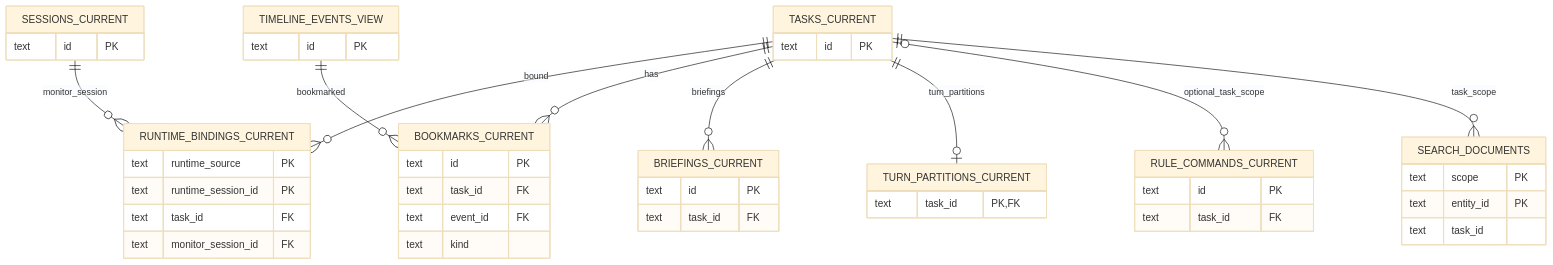
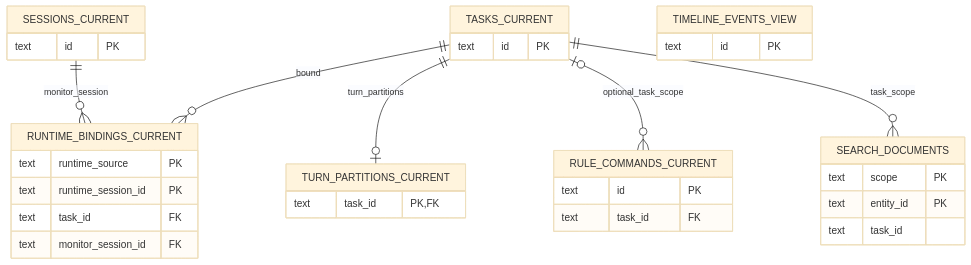
The third of 3 diagrams in docs/guide/sqlite-schema.md (belljun3395/agent-tracer), drawn with Mermaid (base theme) before and after one commit. The commit also changed other lines of this file and 216 other files, not shown here.

````diff
--- a/docs/guide/sqlite-schema.md
+++ b/docs/guide/sqlite-schema.md
@@ -278,57 +188,42 @@
 ```mermaid
 erDiagram
   TASKS_CURRENT {
     text id PK
   }
 
   SESSIONS_CURRENT {
     text id PK
   }
 
   TIMELINE_EVENTS_VIEW {
     text id PK
   }
 
   RUNTIME_BINDINGS_CURRENT {
     text runtime_source PK
     text runtime_session_id PK
     text task_id FK
     text monitor_session_id FK
   }
 
-  BOOKMARKS_CURRENT {
-    text id PK
-    text task_id FK
-    text event_id FK
-    text kind
-  }
-
-  BRIEFINGS_CURRENT {
-    text id PK
-    text task_id FK
-  }
-
   TURN_PARTITIONS_CURRENT {
     text task_id PK,FK
   }
 
   RULE_COMMANDS_CURRENT {
     text id PK
     text task_id FK
   }
 
   SEARCH_DOCUMENTS {
     text scope PK
     text entity_id PK
     text task_id
   }
 
   TASKS_CURRENT ||--o{ RUNTIME_BINDINGS_CURRENT : bound
   SESSIONS_CURRENT ||--o{ RUNTIME_BINDINGS_CURRENT : monitor_session
-  TASKS_CURRENT ||--o{ BOOKMARKS_CURRENT : has
-  TIMELINE_EVENTS_VIEW ||--o{ BOOKMARKS_CURRENT : bookmarked
-  TASKS_CURRENT ||--o{ BRIEFINGS_CURRENT : briefings
   TASKS_CURRENT ||--o| TURN_PARTITIONS_CURRENT : turn_partitions
   TASKS_CURRENT |o--o{ RULE_COMMANDS_CURRENT : optional_task_scope
   TASKS_CURRENT ||--o{ SEARCH_DOCUMENTS : task_scope
 ```
````
